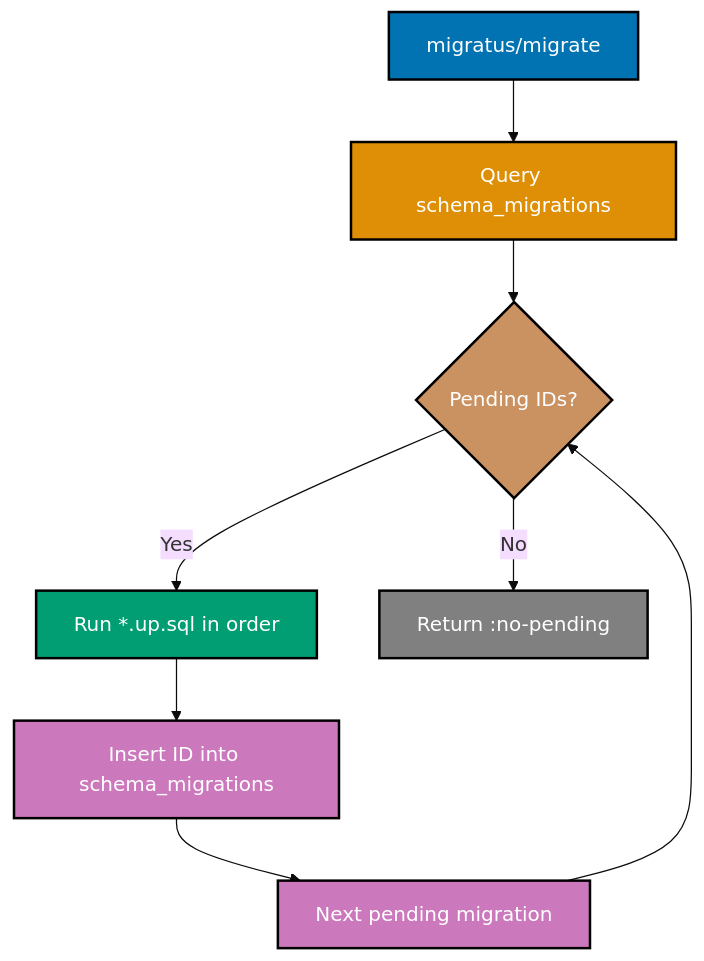
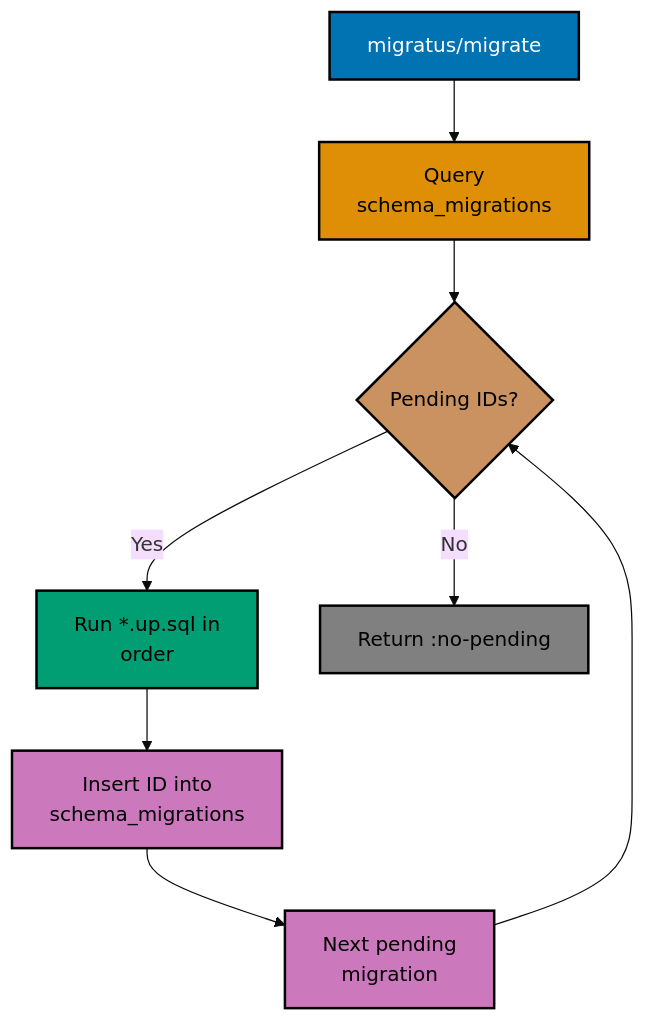
The third of 4 diagrams in apps/ayokoding-www/content/en/learn/legacy/software-engineering/data/tools/clojure-migratus/by-example/beginner.md (wahidyankf/ose-public), drawn with Mermaid (base theme) before and after one commit. The commit also changed other lines of this file and 131 other files, not shown here.

First line of the commit message:
fix(mermaid): bring the legacy data, infrastructure, and testing diagrams onto the accessible palette

````diff
--- a/apps/ayokoding-www/content/en/learn/legacy/software-engineering/data/tools/clojure-migratus/by-example/beginner.md
+++ b/apps/ayokoding-www/content/en/learn/legacy/software-engineering/data/tools/clojure-migratus/by-example/beginner.md
@@ -232,20 +244,29 @@
 ```mermaid
 %% Color Palette: Blue #0173B2, Orange #DE8F05, Teal #029E73, Purple #CC78BC, Brown #CA9161
 %% migrate execution flow
 graph TD
-    A[migratus/migrate] --> B[Query schema_migrations]
+    accTitle: Example 6: Running All Migrations
+    accDescr: Graph with 7 nodes and 7 connections. Nodes: migratus/migrate, Query schema_migrations, Pending IDs?, Run *.up.sql in order, Return :no-pending, Insert ID into schema_migrations, Next pending migration. Connections: migratus/migrate to Query schema_migrations, Query schema_migrations to Pending IDs?, Pending IDs? to Run *.up.sql in order (Yes), Pending IDs? to Return :no-pending (No), Run *.up.sql in order to Insert ID into schema_migrations, Insert ID into schema_migrations to Next pending migration, Next pending migration to Pending IDs?.
+    A[migratus/migrate] --> B[Query<br/>schema_migrations]
     B --> C{Pending IDs?}
-    C -->|Yes| D[Run *.up.sql in order]
+    C -->|Yes| D[Run *.up.sql in<br/>order]
     C -->|No| E[Return :no-pending]
-    D --> F[Insert ID into schema_migrations]
-    F --> G[Next pending migration]
+    D --> F[Insert ID into<br/>schema_migrations]
+    F --> G[Next pending<br/>migration]
     G --> C
 
-    style A fill:#0173B2,stroke:#000000,color:#FFFFFF,stroke-width:2px
-    style B fill:#DE8F05,stroke:#000000,color:#FFFFFF,stroke-width:2px
-    style C fill:#CA9161,stroke:#000000,color:#FFFFFF,stroke-width:2px
-    style D fill:#029E73,stroke:#000000,color:#FFFFFF,stroke-width:2px
-    style E fill:#808080,stroke:#000000,color:#FFFFFF,stroke-width:2px
-    style F fill:#CC78BC,stroke:#000000,color:#FFFFFF,stroke-width:2px
-    style G fill:#CC78BC,stroke:#000000,color:#FFFFFF,stroke-width:2px
+    classDef pal-0173B2 fill:#0173B2,stroke:#000000,color:#FFFFFF,stroke-width:2px
+    class A pal-0173B2
+    classDef pal-DE8F05 fill:#DE8F05,stroke:#000000,color:#000000,stroke-width:2px
+    class B pal-DE8F05
+    classDef pal-CA9161 fill:#CA9161,stroke:#000000,color:#000000,stroke-width:2px
+    class C pal-CA9161
+    classDef pal-029E73 fill:#029E73,stroke:#000000,color:#000000,stroke-width:2px
+    class D pal-029E73
+    classDef pal-808080 fill:#808080,stroke:#000000,color:#000000,stroke-width:2px
+    class E pal-808080
+    classDef pal-CC78BC fill:#CC78BC,stroke:#000000,color:#000000,stroke-width:2px
+    class F pal-CC78BC
+    class G pal-CC78BC
+    classDef default fill:#FFFFFF,stroke:#000000,color:#000000
 ```
````
